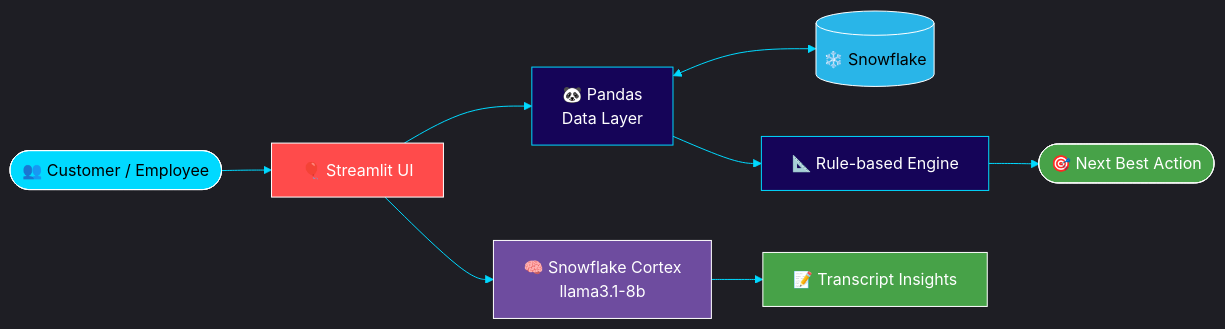
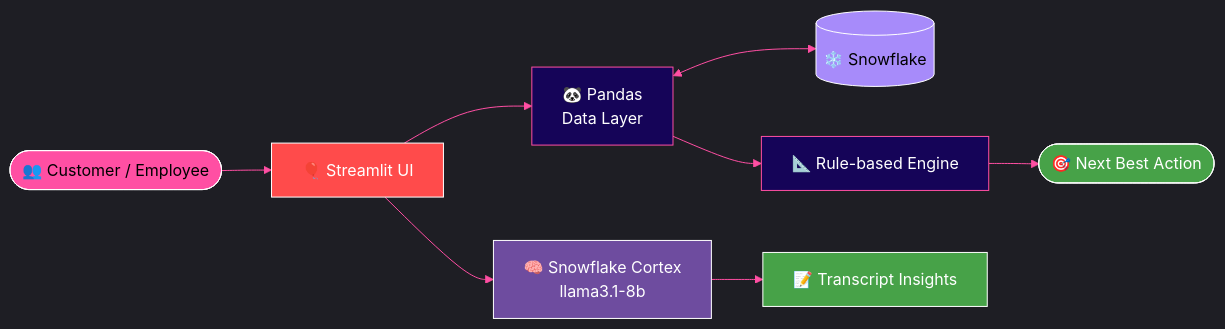
Before and after one commit to Manvendra-2006/Manvendra-2006: the fourth of 6 diagrams in README.md, drawn with Mermaid. The commit also changed other lines of this file, not shown here.

````diff
--- a/README.md
+++ b/README.md
@@ -263,18 +269,18 @@
 ```mermaid
-%%{init: {'theme':'dark','themeVariables':{'primaryColor':'#29B5E8','lineColor':'#00D9FF','fontFamily':'Fira Code'}}}%%
+%%{init: {'theme':'dark','themeVariables':{'primaryColor':'#A78BFA','lineColor':'#FF4FA3','fontFamily':'Fira Code'}}}%%
 flowchart LR
     U(["👥 Customer / Employee"]):::user --> S["🎈 Streamlit UI"]:::ui
     S --> P["🐼 Pandas<br/>Data Layer"]:::proc
     P <--> SF[("❄️ Snowflake")]:::sf
     S --> CX["🧠 Snowflake Cortex<br/>llama3.1-8b"]:::ai
     CX --> I["📝 Transcript Insights"]:::out
     P --> R["📐 Rule-based Engine"]:::proc
     R --> NBA(["🎯 Next Best Action"]):::out
 
-    classDef user fill:#00D9FF,stroke:#fff,color:#000
+    classDef user fill:#FF4FA3,stroke:#fff,color:#000
     classDef ui fill:#FF4B4B,stroke:#fff,color:#fff
-    classDef proc fill:#150458,stroke:#00D9FF,color:#fff
-    classDef sf fill:#29B5E8,stroke:#fff,color:#000
+    classDef proc fill:#150458,stroke:#FF4FA3,color:#fff
+    classDef sf fill:#A78BFA,stroke:#fff,color:#000
     classDef ai fill:#6E4C9F,stroke:#fff,color:#fff
     classDef out fill:#47A248,stroke:#fff,color:#fff
 ```
````
